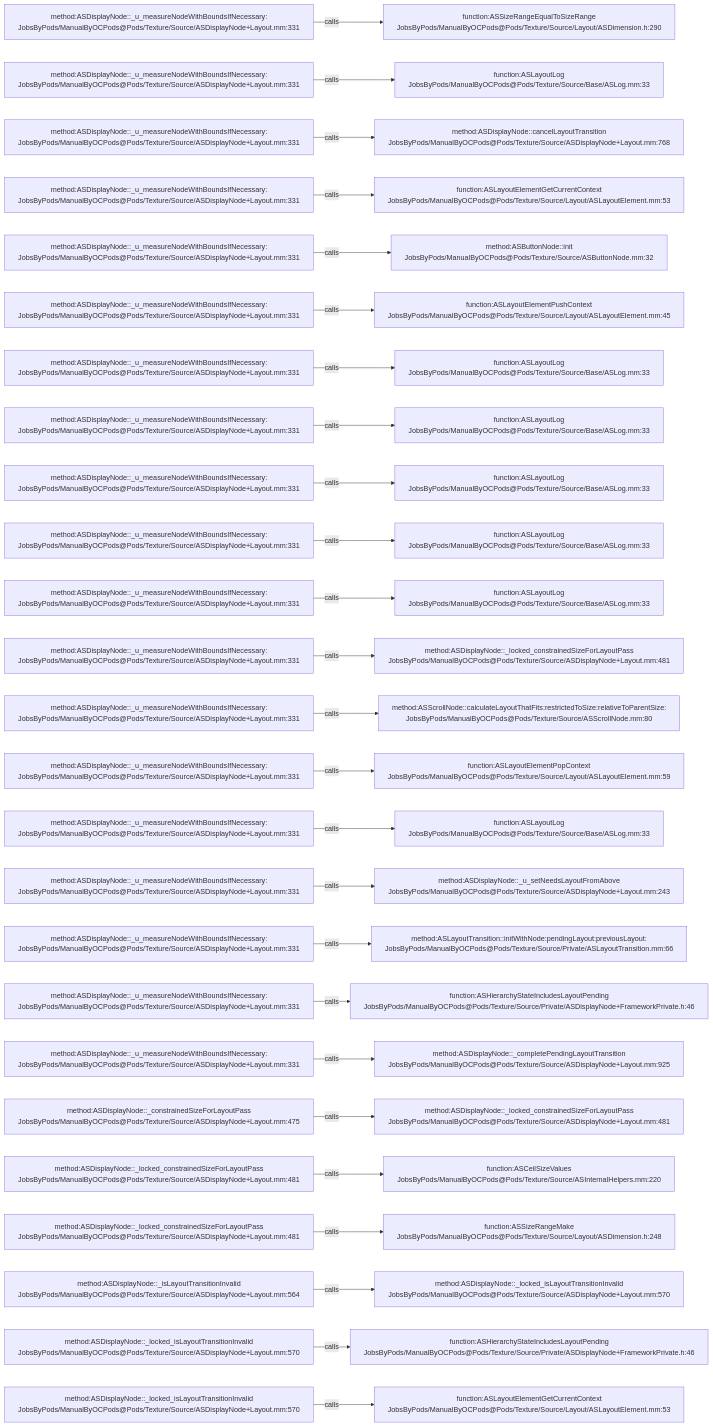
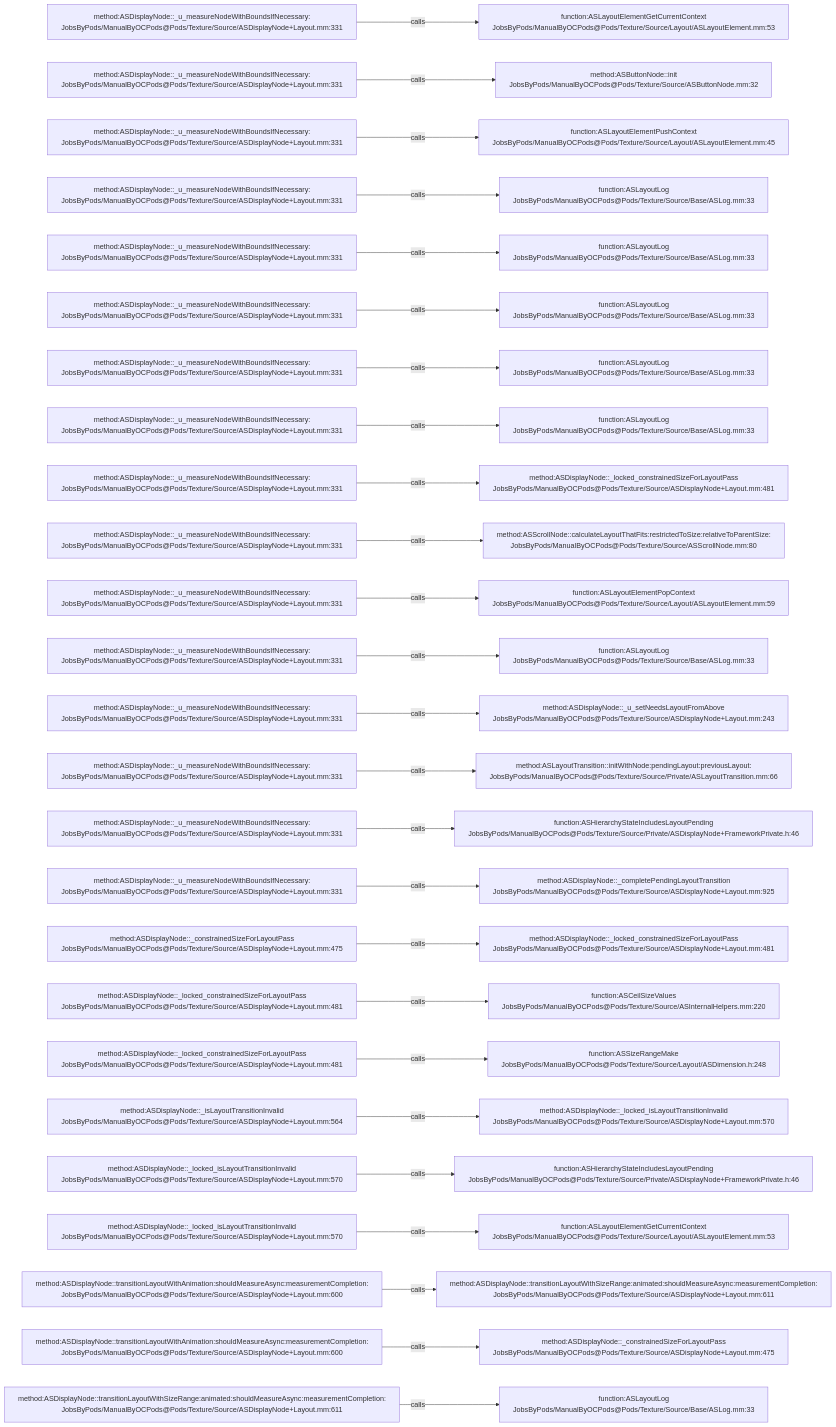
One commit to JobsKits/JobsOCBaseConfigDemo changed the diagram in .codegraph/codegraph.md/graphs/calls-093.md. Above: the diagram before and after it, drawn with Mermaid. The commit also changed 342 other files, not shown here.

````diff
--- a/.codegraph/codegraph.md/graphs/calls-093.md
+++ b/.codegraph/codegraph.md/graphs/calls-093.md
@@ -13,78 +13,78 @@
 ```mermaid
 flowchart LR
   S1["method:ASDisplayNode::_u_measureNodeWithBoundsIfNecessary:<br/>JobsByPods/ManualByOCPods@Pods/Texture/Source/ASDisplayNode+Layout.mm:331"]
-  T1["function:ASSizeRangeEqualToSizeRange<br/>JobsByPods/ManualByOCPods@Pods/Texture/Source/Layout/ASDimension.h:290"]
+  T1["function:ASLayoutElementGetCurrentContext<br/>JobsByPods/ManualByOCPods@Pods/Texture/Source/Layout/ASLayoutElement.mm:53"]
   S1 -->|calls| T1
   S2["method:ASDisplayNode::_u_measureNodeWithBoundsIfNecessary:<br/>JobsByPods/ManualByOCPods@Pods/Texture/Source/ASDisplayNode+Layout.mm:331"]
-  T2["function:ASLayoutLog<br/>JobsByPods/ManualByOCPods@Pods/Texture/Source/Base/ASLog.mm:33"]
+  T2["method:ASButtonNode::init<br/>JobsByPods/ManualByOCPods@Pods/Texture/Source/ASButtonNode.mm:32"]
   S2 -->|calls| T2
   S3["method:ASDisplayNode::_u_measureNodeWithBoundsIfNecessary:<br/>JobsByPods/ManualByOCPods@Pods/Texture/Source/ASDisplayNode+Layout.mm:331"]
-  T3["method:ASDisplayNode::cancelLayoutTransition<br/>JobsByPods/ManualByOCPods@Pods/Texture/Source/ASDisplayNode+Layout.mm:768"]
+  T3["function:ASLayoutElementPushContext<br/>JobsByPods/ManualByOCPods@Pods/Texture/Source/Layout/ASLayoutElement.mm:45"]
   S3 -->|calls| T3
   S4["method:ASDisplayNode::_u_measureNodeWithBoundsIfNecessary:<br/>JobsByPods/ManualByOCPods@Pods/Texture/Source/ASDisplayNode+Layout.mm:331"]
-  T4["function:ASLayoutElementGetCurrentContext<br/>JobsByPods/ManualByOCPods@Pods/Texture/Source/Layout/ASLayoutElement.mm:53"]
+  T4["function:ASLayoutLog<br/>JobsByPods/ManualByOCPods@Pods/Texture/Source/Base/ASLog.mm:33"]
   S4 -->|calls| T4
   S5["method:ASDisplayNode::_u_measureNodeWithBoundsIfNecessary:<br/>JobsByPods/ManualByOCPods@Pods/Texture/Source/ASDisplayNode+Layout.mm:331"]
-  T5["method:ASButtonNode::init<br/>JobsByPods/ManualByOCPods@Pods/Texture/Source/ASButtonNode.mm:32"]
+  T5["function:ASLayoutLog<br/>JobsByPods/ManualByOCPods@Pods/Texture/Source/Base/ASLog.mm:33"]
   S5 -->|calls| T5
   S6["method:ASDisplayNode::_u_measureNodeWithBoundsIfNecessary:<br/>JobsByPods/ManualByOCPods@Pods/Texture/Source/ASDisplayNode+Layout.mm:331"]
-  T6["function:ASLayoutElementPushContext<br/>JobsByPods/ManualByOCPods@Pods/Texture/Source/Layout/ASLayoutElement.mm:45"]
+  T6["function:ASLayoutLog<br/>JobsByPods/ManualByOCPods@Pods/Texture/Source/Base/ASLog.mm:33"]
   S6 -->|calls| T6
   S7["method:ASDisplayNode::_u_measureNodeWithBoundsIfNecessary:<br/>JobsByPods/ManualByOCPods@Pods/Texture/Source/ASDisplayNode+Layout.mm:331"]
   T7["function:ASLayoutLog<br/>JobsByPods/ManualByOCPods@Pods/Texture/Source/Base/ASLog.mm:33"]
   S7 -->|calls| T7
   S8["method:ASDisplayNode::_u_measureNodeWithBoundsIfNecessary:<br/>JobsByPods/ManualByOCPods@Pods/Texture/Source/ASDisplayNode+Layout.mm:331"]
   T8["function:ASLayoutLog<br/>JobsByPods/ManualByOCPods@Pods/Texture/Source/Base/ASLog.mm:33"]
   S8 -->|calls| T8
   S9["method:ASDisplayNode::_u_measureNodeWithBoundsIfNecessary:<br/>JobsByPods/ManualByOCPods@Pods/Texture/Source/ASDisplayNode+Layout.mm:331"]
-  T9["function:ASLayoutLog<br/>JobsByPods/ManualByOCPods@Pods/Texture/Source/Base/ASLog.mm:33"]
+  T9["method:ASDisplayNode::_locked_constrainedSizeForLayoutPass<br/>JobsByPods/ManualByOCPods@Pods/Texture/Source/ASDisplayNode+Layout.mm:481"]
   S9 -->|calls| T9
   S10["method:ASDisplayNode::_u_measureNodeWithBoundsIfNecessary:<br/>JobsByPods/ManualByOCPods@Pods/Texture/Source/ASDisplayNode+Layout.mm:331"]
-  T10["function:ASLayoutLog<br/>JobsByPods/ManualByOCPods@Pods/Texture/Source/Base/ASLog.mm:33"]
+  T10["method:ASScrollNode::calculateLayoutThatFits:restrictedToSize:relativeToParentSize:<br/>JobsByPods/ManualByOCPods@Pods/Texture/Source/ASScrollNode.mm:80"]
   S10 -->|calls| T10
   S11["method:ASDisplayNode::_u_measureNodeWithBoundsIfNecessary:<br/>JobsByPods/ManualByOCPods@Pods/Texture/Source/ASDisplayNode+Layout.mm:331"]
-  T11["function:ASLayoutLog<br/>JobsByPods/ManualByOCPods@Pods/Texture/Source/Base/ASLog.mm:33"]
+  T11["function:ASLayoutElementPopContext<br/>JobsByPods/ManualByOCPods@Pods/Texture/Source/Layout/ASLayoutElement.mm:59"]
   S11 -->|calls| T11
   S12["method:ASDisplayNode::_u_measureNodeWithBoundsIfNecessary:<br/>JobsByPods/ManualByOCPods@Pods/Texture/Source/ASDisplayNode+Layout.mm:331"]
-  T12["method:ASDisplayNode::_locked_constrainedSizeForLayoutPass<br/>JobsByPods/ManualByOCPods@Pods/Texture/Source/ASDisplayNode+Layout.mm:481"]
+  T12["function:ASLayoutLog<br/>JobsByPods/ManualByOCPods@Pods/Texture/Source/Base/ASLog.mm:33"]
   S12 -->|calls| T12
   S13["method:ASDisplayNode::_u_measureNodeWithBoundsIfNecessary:<br/>JobsByPods/ManualByOCPods@Pods/Texture/Source/ASDisplayNode+Layout.mm:331"]
-  T13["method:ASScrollNode::calculateLayoutThatFits:restrictedToSize:relativeToParentSize:<br/>JobsByPods/ManualByOCPods@Pods/Texture/Source/ASScrollNode.mm:80"]
+  T13["method:ASDisplayNode::_u_setNeedsLayoutFromAbove<br/>JobsByPods/ManualByOCPods@Pods/Texture/Source/ASDisplayNode+Layout.mm:243"]
   S13 -->|calls| T13
   S14["method:ASDisplayNode::_u_measureNodeWithBoundsIfNecessary:<br/>JobsByPods/ManualByOCPods@Pods/Texture/Source/ASDisplayNode+Layout.mm:331"]
-  T14["function:ASLayoutElementPopContext<br/>JobsByPods/ManualByOCPods@Pods/Texture/Source/Layout/ASLayoutElement.mm:59"]
+  T14["method:ASLayoutTransition::initWithNode:pendingLayout:previousLayout:<br/>JobsByPods/ManualByOCPods@Pods/Texture/Source/Private/ASLayoutTransition.mm:66"]
   S14 -->|calls| T14
   S15["method:ASDisplayNode::_u_measureNodeWithBoundsIfNecessary:<br/>JobsByPods/ManualByOCPods@Pods/Texture/Source/ASDisplayNode+Layout.mm:331"]
-  T15["function:ASLayoutLog<br/>JobsByPods/ManualByOCPods@Pods/Texture/Source/Base/ASLog.mm:33"]
+  T15["function:ASHierarchyStateIncludesLayoutPending<br/>JobsByPods/ManualByOCPods@Pods/Texture/Source/Private/ASDisplayNode+FrameworkPrivate.h:46"]
   S15 -->|calls| T15
   S16["method:ASDisplayNode::_u_measureNodeWithBoundsIfNecessary:<br/>JobsByPods/ManualByOCPods@Pods/Texture/Source/ASDisplayNode+Layout.mm:331"]
-  T16["method:ASDisplayNode::_u_setNeedsLayoutFromAbove<br/>JobsByPods/ManualByOCPods@Pods/Texture/Source/ASDisplayNode+Layout.mm:243"]
+  T16["method:ASDisplayNode::_completePendingLayoutTransition<br/>JobsByPods/ManualByOCPods@Pods/Texture/Source/ASDisplayNode+Layout.mm:925"]
   S16 -->|calls| T16
-  S17["method:ASDisplayNode::_u_measureNodeWithBoundsIfNecessary:<br/>JobsByPods/ManualByOCPods@Pods/Texture/Source/ASDisplayNode+Layout.mm:331"]
-  T17["method:ASLayoutTransition::initWithNode:pendingLayout:previousLayout:<br/>JobsByPods/ManualByOCPods@Pods/Texture/Source/Private/ASLayoutTransition.mm:66"]
+  S17["method:ASDisplayNode::_constrainedSizeForLayoutPass<br/>JobsByPods/ManualByOCPods@Pods/Texture/Source/ASDisplayNode+Layout.mm:475"]
+  T17["method:ASDisplayNode::_locked_constrainedSizeForLayoutPass<br/>JobsByPods/ManualByOCPods@Pods/Texture/Source/ASDisplayNode+Layout.mm:481"]
   S17 -->|calls| T17
-  S18["method:ASDisplayNode::_u_measureNodeWithBoundsIfNecessary:<br/>JobsByPods/ManualByOCPods@Pods/Texture/Source/ASDisplayNode+Layout.mm:331"]
-  T18["function:ASHierarchyStateIncludesLayoutPending<br/>JobsByPods/ManualByOCPods@Pods/Texture/Source/Private/ASDisplayNode+FrameworkPrivate.h:46"]
+  S18["method:ASDisplayNode::_locked_constrainedSizeForLayoutPass<br/>JobsByPods/ManualByOCPods@Pods/Texture/Source/ASDisplayNode+Layout.mm:481"]
+  T18["function:ASCeilSizeValues<br/>JobsByPods/ManualByOCPods@Pods/Texture/Source/ASInternalHelpers.mm:220"]
   S18 -->|calls| T18
-  S19["method:ASDisplayNode::_u_measureNodeWithBoundsIfNecessary:<br/>JobsByPods/ManualByOCPods@Pods/Texture/Source/ASDisplayNode+Layout.mm:331"]
-  T19["method:ASDisplayNode::_completePendingLayoutTransition<br/>JobsByPods/ManualByOCPods@Pods/Texture/Source/ASDisplayNode+Layout.mm:925"]
+  S19["method:ASDisplayNode::_locked_constrainedSizeForLayoutPass<br/>JobsByPods/ManualByOCPods@Pods/Texture/Source/ASDisplayNode+Layout.mm:481"]
+  T19["function:ASSizeRangeMake<br/>JobsByPods/ManualByOCPods@Pods/Texture/Source/Layout/ASDimension.h:248"]
   S19 -->|calls| T19
-  S20["method:ASDisplayNode::_constrainedSizeForLayoutPass<br/>JobsByPods/ManualByOCPods@Pods/Texture/Source/ASDisplayNode+Layout.mm:475"]
-  T20["method:ASDisplayNode::_locked_constrainedSizeForLayoutPass<br/>JobsByPods/ManualByOCPods@Pods/Texture/Source/ASDisplayNode+Layout.mm:481"]
+  S20["method:ASDisplayNode::_isLayoutTransitionInvalid<br/>JobsByPods/ManualByOCPods@Pods/Texture/Source/ASDisplayNode+Layout.mm:564"]
+  T20["method:ASDisplayNode::_locked_isLayoutTransitionInvalid<br/>JobsByPods/ManualByOCPods@Pods/Texture/Source/ASDisplayNode+Layout.mm:570"]
   S20 -->|calls| T20
-  S21["method:ASDisplayNode::_locked_constrainedSizeForLayoutPass<br/>JobsByPods/ManualByOCPods@Pods/Texture/Source/ASDisplayNode+Layout.mm:481"]
-  T21["function:ASCeilSizeValues<br/>JobsByPods/ManualByOCPods@Pods/Texture/Source/ASInternalHelpers.mm:220"]
+  S21["method:ASDisplayNode::_locked_isLayoutTransitionInvalid<br/>JobsByPods/ManualByOCPods@Pods/Texture/Source/ASDisplayNode+Layout.mm:570"]
+  T21["function:ASHierarchyStateIncludesLayoutPending<br/>JobsByPods/ManualByOCPods@Pods/Texture/Source/Private/ASDisplayNode+FrameworkPrivate.h:46"]
   S21 -->|calls| T21
-  S22["method:ASDisplayNode::_locked_constrainedSizeForLayoutPass<br/>JobsByPods/ManualByOCPods@Pods/Texture/Source/ASDisplayNode+Layout.mm:481"]
-  T22["function:ASSizeRangeMake<br/>JobsByPods/ManualByOCPods@Pods/Texture/Source/Layout/ASDimension.h:248"]
+  S22["method:ASDisplayNode::_locked_isLayoutTransitionInvalid<br/>JobsByPods/ManualByOCPods@Pods/Texture/Source/ASDisplayNode+Layout.mm:570"]
+  T22["function:ASLayoutElementGetCurrentContext<br/>JobsByPods/ManualByOCPods@Pods/Texture/Source/Layout/ASLayoutElement.mm:53"]
   S22 -->|calls| T22
-  S23["method:ASDisplayNode::_isLayoutTransitionInvalid<br/>JobsByPods/ManualByOCPods@Pods/Texture/Source/ASDisplayNode+Layout.mm:564"]
-  T23["method:ASDisplayNode::_locked_isLayoutTransitionInvalid<br/>JobsByPods/ManualByOCPods@Pods/Texture/Source/ASDisplayNode+Layout.mm:570"]
+  S23["method:ASDisplayNode::transitionLayoutWithAnimation:shouldMeasureAsync:measurementCompletion:<br/>JobsByPods/ManualByOCPods@Pods/Texture/Source/ASDisplayNode+Layout.mm:600"]
+  T23["method:ASDisplayNode::transitionLayoutWithSizeRange:animated:shouldMeasureAsync:measurementCompletion:<br/>JobsByPods/ManualByOCPods@Pods/Texture/Source/ASDisplayNode+Layout.mm:611"]
   S23 -->|calls| T23
-  S24["method:ASDisplayNode::_locked_isLayoutTransitionInvalid<br/>JobsByPods/ManualByOCPods@Pods/Texture/Source/ASDisplayNode+Layout.mm:570"]
-  T24["function:ASHierarchyStateIncludesLayoutPending<br/>JobsByPods/ManualByOCPods@Pods/Texture/Source/Private/ASDisplayNode+FrameworkPrivate.h:46"]
+  S24["method:ASDisplayNode::transitionLayoutWithAnimation:shouldMeasureAsync:measurementCompletion:<br/>JobsByPods/ManualByOCPods@Pods/Texture/Source/ASDisplayNode+Layout.mm:600"]
+  T24["method:ASDisplayNode::_constrainedSizeForLayoutPass<br/>JobsByPods/ManualByOCPods@Pods/Texture/Source/ASDisplayNode+Layout.mm:475"]
   S24 -->|calls| T24
-  S25["method:ASDisplayNode::_locked_isLayoutTransitionInvalid<br/>JobsByPods/ManualByOCPods@Pods/Texture/Source/ASDisplayNode+Layout.mm:570"]
-  T25["function:ASLayoutElementGetCurrentContext<br/>JobsByPods/ManualByOCPods@Pods/Texture/Source/Layout/ASLayoutElement.mm:53"]
+  S25["method:ASDisplayNode::transitionLayoutWithSizeRange:animated:shouldMeasureAsync:measurementCompletion:<br/>JobsByPods/ManualByOCPods@Pods/Texture/Source/ASDisplayNode+Layout.mm:611"]
+  T25["function:ASLayoutLog<br/>JobsByPods/ManualByOCPods@Pods/Texture/Source/Base/ASLog.mm:33"]
   S25 -->|calls| T25
 ```
````
